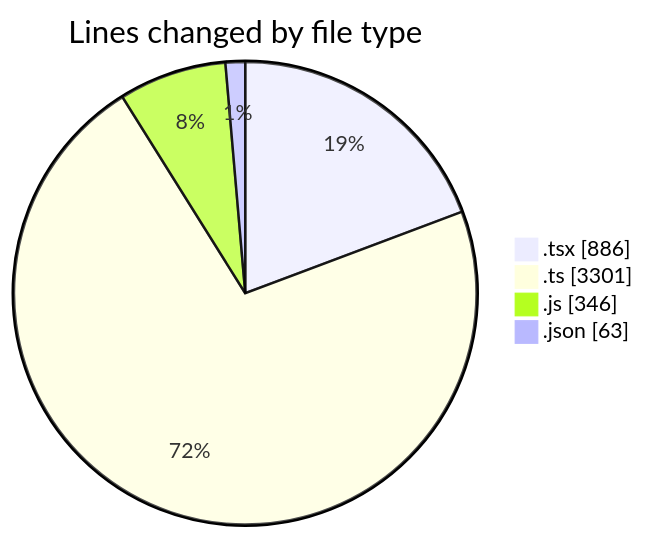
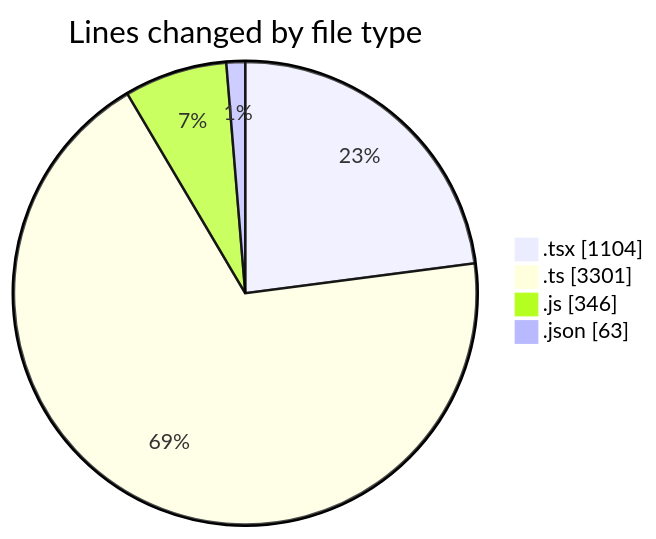
One commit to momahboobian/code-tracking changed the first of 2 diagrams in 2025-12-01/cda/README.md. Above: the diagram before and after it, drawn with Mermaid. The commit also changed other lines of this file and 1 other file, not shown here.

````diff
--- a/2025-12-01/cda/README.md
+++ b/2025-12-01/cda/README.md
@@ -30,8 +31,8 @@
 ```mermaid
 pie showData
 title Lines changed by file type
-".tsx" : 886
+".tsx" : 1104
 ".ts" : 3301
 ".js" : 346
 ".json" : 63
 ```
````
